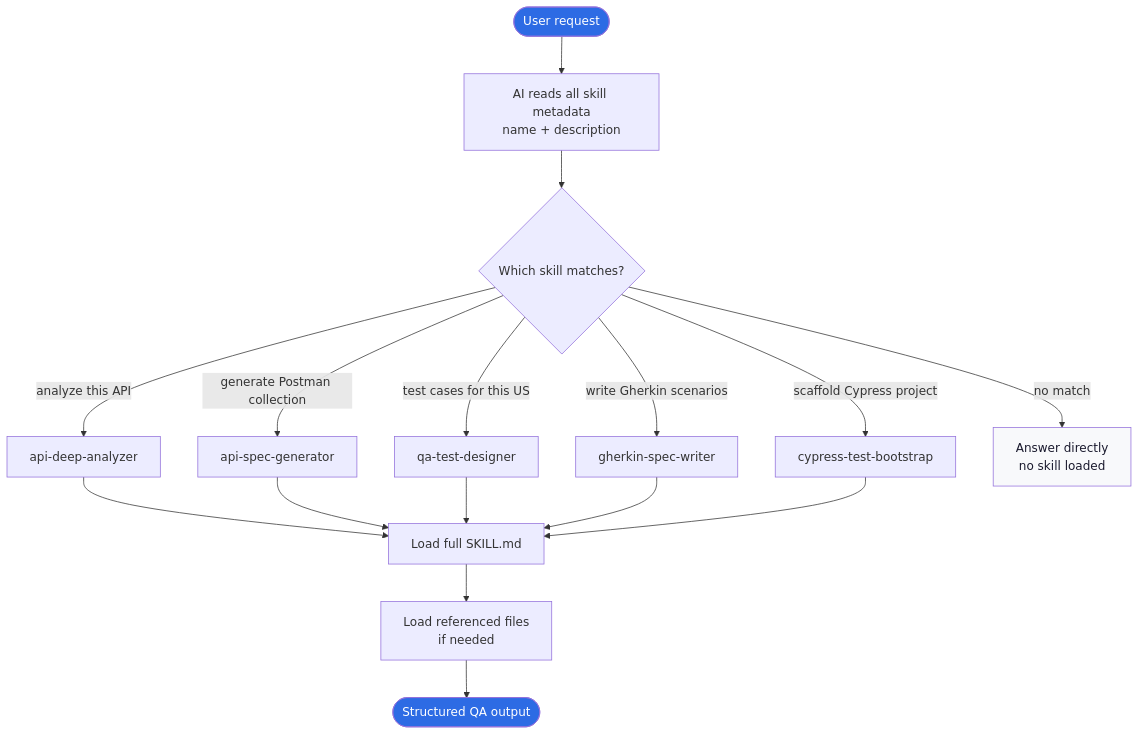
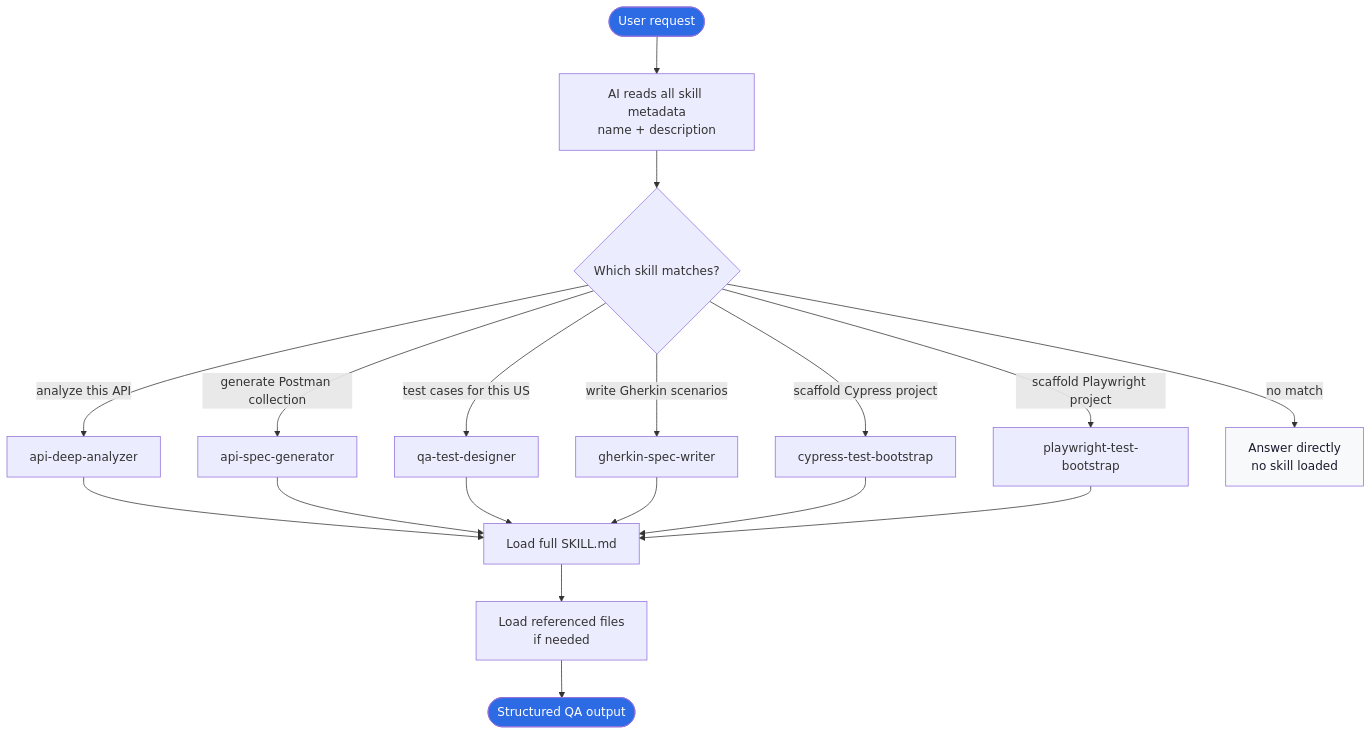
The second of 6 diagrams in docs/architecture.md (mahmoumaima/QIOS), drawn with Mermaid before and after one commit. The commit also changed other lines of this file and 16 other files, not shown here.

Commit message:
feat(skills): add Playwright test bootstrap

````diff
--- a/docs/architecture.md
+++ b/docs/architecture.md
@@ -63,20 +63,24 @@
 ```mermaid
 flowchart TD
-    A([User request]) --> B[AI reads all skill metadata\nname + description]
+    A([User request]) --> B[AI reads all skill metadata
+name + description]
     B --> C{Which skill matches?}
 
     C -->|analyze this API| D[api-deep-analyzer]
     C -->|generate Postman collection| E[api-spec-generator]
     C -->|test cases for this US| F[qa-test-designer]
     C -->|write Gherkin scenarios| G[gherkin-spec-writer]
     C -->|scaffold Cypress project| H[cypress-test-bootstrap]
-    C -->|no match| I[Answer directly\nno skill loaded]
+    C -->|scaffold Playwright project| I[playwright-test-bootstrap]
+    C -->|no match| J[Answer directly
+no skill loaded]
 
-    D & E & F & G & H --> J[Load full SKILL.md]
-    J --> K[Load referenced files\nif needed]
-    K --> L([Structured QA output])
+    D & E & F & G & H & I --> K[Load full SKILL.md]
+    K --> L[Load referenced files
+if needed]
+    L --> M([Structured QA output])
 
     style A fill:#2D6BE4,color:#fff
-    style L fill:#2D6BE4,color:#fff
-    style I fill:#F8F9FB,color:#1A1A2E
+    style M fill:#2D6BE4,color:#fff
+    style J fill:#F8F9FB,color:#1A1A2E
 ```
````
